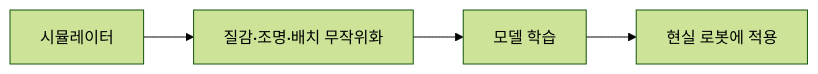
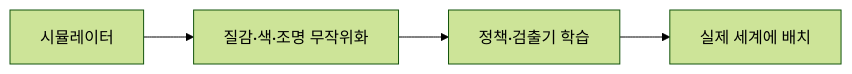
One commit to wjdgks7178/ai-mindmap changed the first of 2 diagrams in articles/domain-randomization.md. Above: the diagram before and after it, drawn with Mermaid (forest theme). The commit also changed other lines of this file and 2 other files, not shown here.

````diff
--- a/articles/domain-randomization.md
+++ b/articles/domain-randomization.md
@@ -17,6 +17,6 @@
 ```mermaid
 flowchart LR
-  S["시뮬레이터"] --> R["질감·조명·배치 무작위화"]
-  R --> T["모델 학습"]
-  T --> W["현실 로봇에 적용"]
+  S["시뮬레이터"] --> R["질감·색·조명 무작위화"]
+  R --> T["정책·검출기 학습"]
+  T --> W["실제 세계에 배치"]
 ```
````
